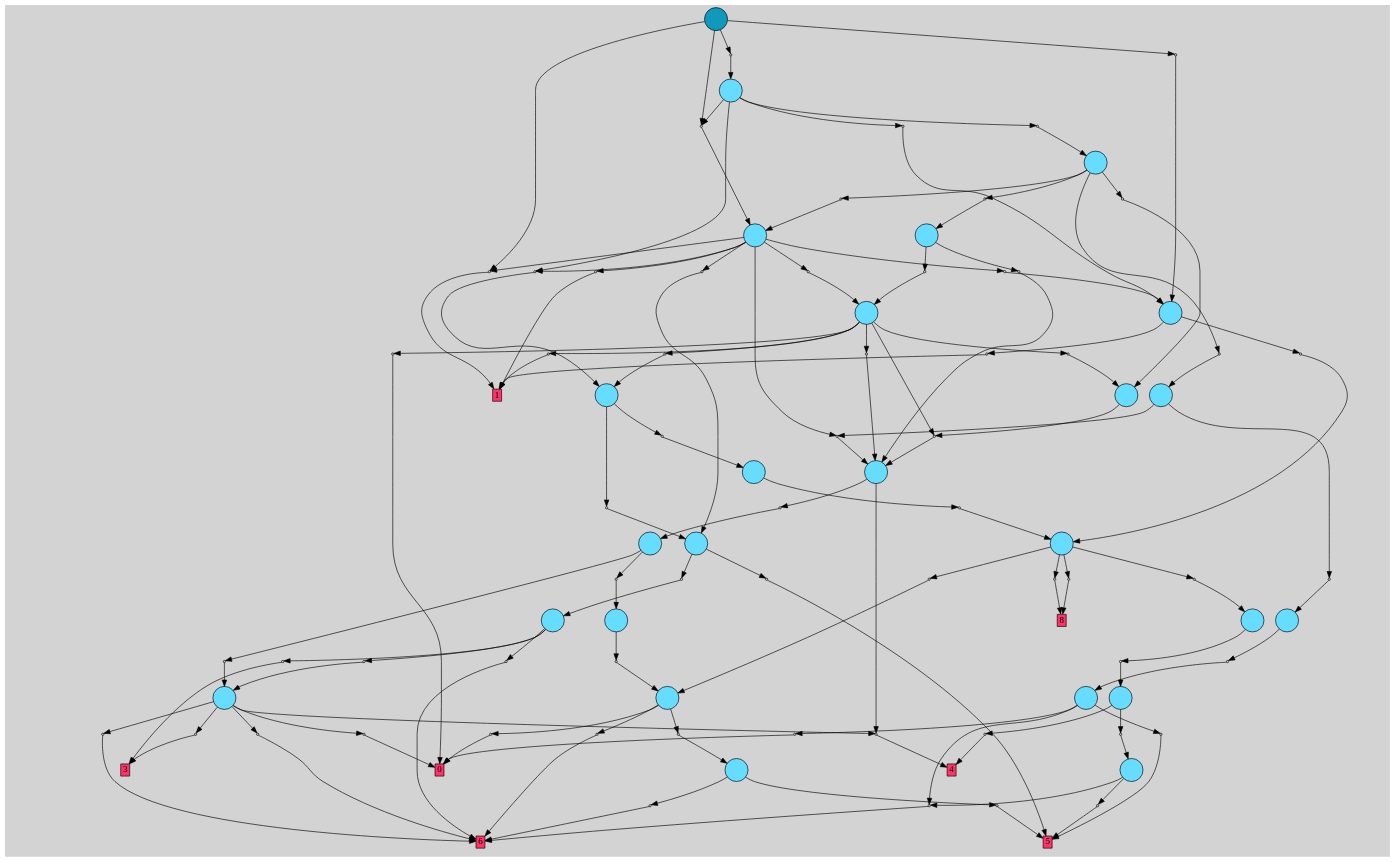
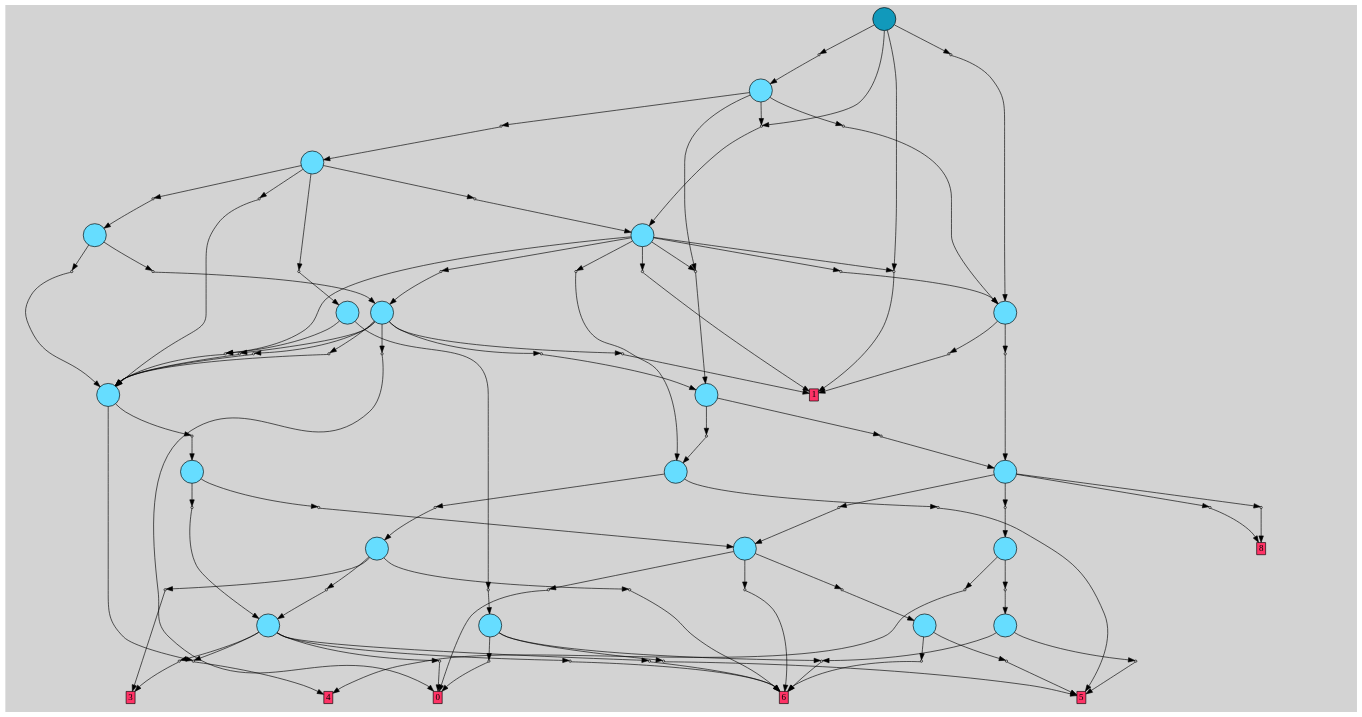
The diagram in armlearn-tpgs/tpg_l2e2_zmmul_compbare_compExpAr/training_results/useInstrTrig-False_useInstrLogExp-False_useInstrLog2Exp2-True_useInstrZmmul-False_useInstrExpensiveArithmetic-False_useInstrComparison-True_seed-2_instrType-fixedpt/outLogs/codegen/best_root_pruned.dot (allpaul0/tpg_nextflow), drawn with Graphviz before and after one commit. The commit also changed 986 other files, not shown here.

```diff
--- a/armlearn-tpgs/tpg_l2e2_zmmul_compbare_compExpAr/training_results/useInstrTrig-False_useInstrLogExp-False_useInstrLog2Exp2-True_useInstrZmmul-False_useInstrExpensiveArithmetic-False_useInstrComparison-True_seed-2_instrType-fixedpt/outLogs/codegen/best_root_pruned.dot
+++ b/armlearn-tpgs/tpg_l2e2_zmmul_compbare_compExpAr/training_results/useInstrTrig-False_useInstrLogExp-False_useInstrLog2Exp2-True_useInstrZmmul-False_useInstrExpensiveArithmetic-False_useInstrComparison-True_seed-2_instrType-fixedpt/outLogs/codegen/best_root_pruned.dot
@@ -1,5 +1,5 @@
 // File exported with GEGELATI v2.0.0
-// On the 2026-05-28 21:28:58
+// On the 2026-07-14 09:07:04
 // With the File::TPGGraphDotExporter
 digraph{
 	graph[pad = "0.212, 0.055" bgcolor = lightgray]
@@ -23,32 +23,27 @@
 		T16 [fillcolor="#66ddff"]
 		T17 [fillcolor="#66ddff"]
 		T18 [fillcolor="#66ddff"]
-		T19 [fillcolor="#66ddff"]
-		T20 [fillcolor="#66ddff"]
-		T21 [fillcolor="#66ddff"]
-		T22 [fillcolor="#66ddff"]
-		T23 [fillcolor="#66ddff"]
-		T24 [fillcolor="#1199bb"]
+		T19 [fillcolor="#1199bb"]
 		P0 [fillcolor="#cccccc" shape=point label="0"] //
 		I0 [shape=box style=invis label=""] 
 		P0 -> I0[style=invis]
-		A25 [fillcolor="#ff3366" shape=box margin=0.03 width=0 height=0 label="5"]
-		T0 -> P0 -> A25
+		A20 [fillcolor="#ff3366" shape=box margin=0.03 width=0 height=0 label="5"]
+		T0 -> P0 -> A20
 		P1 [fillcolor="#cccccc" shape=point label="0"] //
 		I1 [shape=box style=invis label="0|1&3|2#3|5&#92;n1|0&2|6#0|1&#92;n"] 
 		P1 -> I1[style=invis]
-		A26 [fillcolor="#ff3366" shape=box margin=0.03 width=0 height=0 label="6"]
-		T0 -> P1 -> A26
+		A21 [fillcolor="#ff3366" shape=box margin=0.03 width=0 height=0 label="6"]
+		T0 -> P1 -> A21
 		P2 [fillcolor="#cccccc" shape=point label="0"] //
 		I2 [shape=box style=invis label=""] 
 		P2 -> I2[style=invis]
-		A25 [fillcolor="#ff3366" shape=box margin=0.03 width=0 height=0 label="5"]
-		T1 -> P2 -> A25
+		A20 [fillcolor="#ff3366" shape=box margin=0.03 width=0 height=0 label="5"]
+		T1 -> P2 -> A20
 		P3 [fillcolor="#cccccc" shape=point label="0"] //
 		I3 [shape=box style=invis label="1|0&3|4#3|2&#92;n"] 
 		P3 -> I3[style=invis]
-		A26 [fillcolor="#ff3366" shape=box margin=0.03 width=0 height=0 label="6"]
-		T1 -> P3 -> A26
+		A21 [fillcolor="#ff3366" shape=box margin=0.03 width=0 height=0 label="6"]
+		T1 -> P3 -> A21
 		P4 [fillcolor="#cccccc" shape=point label="0"] //
 		I4 [shape=box style=invis label="3|0&3|4#1|2&#92;n"] 
 		P4 -> I4[style=invis]
@@ -56,253 +51,236 @@
 		P5 [fillcolor="#cccccc" shape=point label="0"] //
 		I5 [shape=box style=invis label=""] 
 		P5 -> I5[style=invis]
-		A27 [fillcolor="#ff3366" shape=box margin=0.03 width=0 height=0 label="4"]
-		T2 -> P5 -> A27
+		A22 [fillcolor="#ff3366" shape=box margin=0.03 width=0 height=0 label="4"]
+		T2 -> P5 -> A22
 		T3 -> P3
 		P6 [fillcolor="#cccccc" shape=point label="0"] //
 		I6 [shape=box style=invis label="2|0&0|4#3|4&#92;n"] 
 		P6 -> I6[style=invis]
-		A25 [fillcolor="#ff3366" shape=box margin=0.03 width=0 height=0 label="5"]
-		T3 -> P6 -> A25
+		A20 [fillcolor="#ff3366" shape=box margin=0.03 width=0 height=0 label="5"]
+		T3 -> P6 -> A20
 		P7 [fillcolor="#cccccc" shape=point label="0"] //
 		I7 [shape=box style=invis label="3|0&4|2#1|0&#92;n"] 
 		P7 -> I7[style=invis]
-		A28 [fillcolor="#ff3366" shape=box margin=0.03 width=0 height=0 label="0"]
-		T3 -> P7 -> A28
+		A23 [fillcolor="#ff3366" shape=box margin=0.03 width=0 height=0 label="0"]
+		T3 -> P7 -> A23
 		P8 [fillcolor="#cccccc" shape=point label="0"] //
 		I8 [shape=box style=invis label="1|0&3|4#3|2&#92;n"] 
 		P8 -> I8[style=invis]
-		A26 [fillcolor="#ff3366" shape=box margin=0.03 width=0 height=0 label="6"]
-		T4 -> P8 -> A26
+		A21 [fillcolor="#ff3366" shape=box margin=0.03 width=0 height=0 label="6"]
+		T4 -> P8 -> A21
 		P9 [fillcolor="#cccccc" shape=point label="0"] //
 		I9 [shape=box style=invis label="3|0&1|2#1|7&#92;n"] 
 		P9 -> I9[style=invis]
-		A28 [fillcolor="#ff3366" shape=box margin=0.03 width=0 height=0 label="0"]
-		T4 -> P9 -> A28
+		A23 [fillcolor="#ff3366" shape=box margin=0.03 width=0 height=0 label="0"]
+		T4 -> P9 -> A23
 		P10 [fillcolor="#cccccc" shape=point label="0"] //
 		I10 [shape=box style=invis label="0|0&3|0#3|7&#92;n"] 
 		P10 -> I10[style=invis]
 		T4 -> P10 -> T0
 		P11 [fillcolor="#cccccc" shape=point label="0"] //
-		I11 [shape=box style=invis label="0|4&4|4#4|7&#92;n2|0&0|4#1|4&#92;n"] 
+		I11 [shape=box style=invis label="2|0&3|1#1|0&#92;n"] 
 		P11 -> I11[style=invis]
-		T5 -> P11 -> T2
+		A22 [fillcolor="#ff3366" shape=box margin=0.03 width=0 height=0 label="4"]
+		T5 -> P11 -> A22
 		P12 [fillcolor="#cccccc" shape=point label="0"] //
-		I12 [shape=box style=invis label="2|0&3|1#1|0&#92;n"] 
+		I12 [shape=box style=invis label="4|0&3|4#2|1&#92;n"] 
 		P12 -> I12[style=invis]
-		A27 [fillcolor="#ff3366" shape=box margin=0.03 width=0 height=0 label="4"]
-		T6 -> P12 -> A27
+		A23 [fillcolor="#ff3366" shape=box margin=0.03 width=0 height=0 label="0"]
+		T5 -> P12 -> A23
 		P13 [fillcolor="#cccccc" shape=point label="0"] //
-		I13 [shape=box style=invis label="4|0&3|4#2|1&#92;n"] 
+		I13 [shape=box style=invis label="0|0&3|0#3|7&#92;n"] 
 		P13 -> I13[style=invis]
-		A28 [fillcolor="#ff3366" shape=box margin=0.03 width=0 height=0 label="0"]
-		T6 -> P13 -> A28
+		A21 [fillcolor="#ff3366" shape=box margin=0.03 width=0 height=0 label="6"]
+		T5 -> P13 -> A21
 		P14 [fillcolor="#cccccc" shape=point label="0"] //
-		I14 [shape=box style=invis label="0|0&3|0#3|7&#92;n"] 
+		I14 [shape=box style=invis label="1|0&3|5#0|0&#92;n"] 
 		P14 -> I14[style=invis]
-		A26 [fillcolor="#ff3366" shape=box margin=0.03 width=0 height=0 label="6"]
-		T6 -> P14 -> A26
+		A24 [fillcolor="#ff3366" shape=box margin=0.03 width=0 height=0 label="3"]
+		T5 -> P14 -> A24
 		P15 [fillcolor="#cccccc" shape=point label="0"] //
-		I15 [shape=box style=invis label="1|0&3|5#0|0&#92;n"] 
+		I15 [shape=box style=invis label="1|0&3|4#3|2&#92;n"] 
 		P15 -> I15[style=invis]
-		A29 [fillcolor="#ff3366" shape=box margin=0.03 width=0 height=0 label="3"]
-		T6 -> P15 -> A29
+		A21 [fillcolor="#ff3366" shape=box margin=0.03 width=0 height=0 label="6"]
+		T5 -> P15 -> A21
 		P16 [fillcolor="#cccccc" shape=point label="0"] //
-		I16 [shape=box style=invis label="1|0&3|4#3|2&#92;n"] 
+		I16 [shape=box style=invis label="3|0&3|1#2|4&#92;n"] 
 		P16 -> I16[style=invis]
-		A26 [fillcolor="#ff3366" shape=box margin=0.03 width=0 height=0 label="6"]
-		T6 -> P16 -> A26
+		T6 -> P16 -> T5
 		P17 [fillcolor="#cccccc" shape=point label="0"] //
-		I17 [shape=box style=invis label="3|0&4|2#1|0&#92;n"] 
+		I17 [shape=box style=invis label="1|0&3|1#0|0&#92;n"] 
 		P17 -> I17[style=invis]
-		T7 -> P17 -> T4
+		A24 [fillcolor="#ff3366" shape=box margin=0.03 width=0 height=0 label="3"]
+		T6 -> P17 -> A24
 		P18 [fillcolor="#cccccc" shape=point label="0"] //
-		I18 [shape=box style=invis label="2|0&1|5#0|2&#92;n"] 
+		I18 [shape=box style=invis label="1|0&3|4#3|2&#92;n"] 
 		P18 -> I18[style=invis]
-		T8 -> P18 -> T3
+		A21 [fillcolor="#ff3366" shape=box margin=0.03 width=0 height=0 label="6"]
+		T6 -> P18 -> A21
 		P19 [fillcolor="#cccccc" shape=point label="0"] //
-		I19 [shape=box style=invis label="3|0&3|1#2|4&#92;n"] 
+		I19 [shape=box style=invis label="0|0&1|5#0|5&#92;n"] 
 		P19 -> I19[style=invis]
-		T9 -> P19 -> T6
+		A20 [fillcolor="#ff3366" shape=box margin=0.03 width=0 height=0 label="5"]
+		T7 -> P19 -> A20
 		P20 [fillcolor="#cccccc" shape=point label="0"] //
-		I20 [shape=box style=invis label="1|0&3|1#0|0&#92;n"] 
+		I20 [shape=box style=invis label="2|0&2|7#4|4&#92;n"] 
 		P20 -> I20[style=invis]
-		A29 [fillcolor="#ff3366" shape=box margin=0.03 width=0 height=0 label="3"]
-		T9 -> P20 -> A29
+		T7 -> P20 -> T6
 		P21 [fillcolor="#cccccc" shape=point label="0"] //
-		I21 [shape=box style=invis label="1|0&3|4#3|2&#92;n"] 
+		I21 [shape=box style=invis label="2|0&0|6#4|1&#92;n"] 
 		P21 -> I21[style=invis]
-		A26 [fillcolor="#ff3366" shape=box margin=0.03 width=0 height=0 label="6"]
-		T9 -> P21 -> A26
+		T8 -> P21 -> T5
 		P22 [fillcolor="#cccccc" shape=point label="0"] //
-		I22 [shape=box style=invis label="0|0&1|5#0|5&#92;n"] 
+		I22 [shape=box style=invis label="1|0&4|3#4|4&#92;n"] 
 		P22 -> I22[style=invis]
-		A25 [fillcolor="#ff3366" shape=box margin=0.03 width=0 height=0 label="5"]
-		T10 -> P22 -> A25
+		T8 -> P22 -> T4
 		P23 [fillcolor="#cccccc" shape=point label="0"] //
-		I23 [shape=box style=invis label="2|0&2|7#4|4&#92;n"] 
+		I23 [shape=box style=invis label="0|6&3|7#0|6&#92;n0|0&1|3#0|6&#92;n"] 
 		P23 -> I23[style=invis]
-		T10 -> P23 -> T9
+		A25 [fillcolor="#ff3366" shape=box margin=0.03 width=0 height=0 label="8"]
+		T9 -> P23 -> A25
 		P24 [fillcolor="#cccccc" shape=point label="0"] //
-		I24 [shape=box style=invis label="2|0&0|6#4|1&#92;n"] 
+		I24 [shape=box style=invis label="3|0&4|2#1|0&#92;n"] 
 		P24 -> I24[style=invis]
-		T11 -> P24 -> T6
+		T9 -> P24 -> T4
 		P25 [fillcolor="#cccccc" shape=point label="0"] //
-		I25 [shape=box style=invis label="1|0&4|3#4|4&#92;n"] 
+		I25 [shape=box style=invis label="2|7&4|7#1|6&#92;n3|6&0|7#0|4&#92;n0|0&3|7#0|6&#92;n"] 
 		P25 -> I25[style=invis]
-		T11 -> P25 -> T7
+		A25 [fillcolor="#ff3366" shape=box margin=0.03 width=0 height=0 label="8"]
+		T9 -> P25 -> A25
 		P26 [fillcolor="#cccccc" shape=point label="0"] //
-		I26 [shape=box style=invis label="0|6&3|7#0|6&#92;n0|0&1|3#0|6&#92;n"] 
+		I26 [shape=box style=invis label="2|0&2|6#1|3&#92;n"] 
 		P26 -> I26[style=invis]
-		A30 [fillcolor="#ff3366" shape=box margin=0.03 width=0 height=0 label="8"]
-		T12 -> P26 -> A30
+		T9 -> P26 -> T2
 		P27 [fillcolor="#cccccc" shape=point label="0"] //
-		I27 [shape=box style=invis label="3|0&4|2#1|0&#92;n"] 
+		I27 [shape=box style=invis label="1|0&0|1#3|4&#92;n"] 
 		P27 -> I27[style=invis]
-		T12 -> P27 -> T4
+		T10 -> P27 -> T8
+		T10 -> P11
 		P28 [fillcolor="#cccccc" shape=point label="0"] //
-		I28 [shape=box style=invis label="2|7&4|7#1|6&#92;n3|6&0|7#0|4&#92;n0|0&3|7#0|6&#92;n"] 
+		I28 [shape=box style=invis label="2|0&4|7#0|2&#92;n"] 
 		P28 -> I28[style=invis]
-		A30 [fillcolor="#ff3366" shape=box margin=0.03 width=0 height=0 label="8"]
-		T12 -> P28 -> A30
+		T11 -> P28 -> T7
 		P29 [fillcolor="#cccccc" shape=point label="0"] //
-		I29 [shape=box style=invis label="2|0&2|6#1|3&#92;n"] 
+		I29 [shape=box style=invis label="0|0&3|3#4|3&#92;n"] 
 		P29 -> I29[style=invis]
-		T12 -> P29 -> T5
+		T11 -> P29 -> T9
 		P30 [fillcolor="#cccccc" shape=point label="0"] //
-		I30 [shape=box style=invis label="1|0&0|1#3|4&#92;n"] 
+		I30 [shape=box style=invis label="0|0&1|3#4|0&#92;n"] 
 		P30 -> I30[style=invis]
-		T13 -> P30 -> T11
-		T13 -> P12
+		A26 [fillcolor="#ff3366" shape=box margin=0.03 width=0 height=0 label="1"]
+		T12 -> P30 -> A26
 		P31 [fillcolor="#cccccc" shape=point label="0"] //
-		I31 [shape=box style=invis label="0|0&4|7#1|7&#92;n"] 
+		I31 [shape=box style=invis label="0|0&4|7#1|5&#92;n"] 
 		P31 -> I31[style=invis]
-		T14 -> P31 -> T12
+		T12 -> P31 -> T9
 		P32 [fillcolor="#cccccc" shape=point label="0"] //
-		I32 [shape=box style=invis label="2|0&0|6#4|0&#92;n"] 
+		I32 [shape=box style=invis label="3|7&3|7#0|2&#92;n0|3&1|2#4|7&#92;n2|0&0|3#0|7&#92;n"] 
 		P32 -> I32[style=invis]
-		T15 -> P32 -> T13
+		T13 -> P32 -> T11
 		P33 [fillcolor="#cccccc" shape=point label="0"] //
-		I33 [shape=box style=invis label="2|0&4|7#0|2&#92;n"] 
+		I33 [shape=box style=invis label="0|0&3|2#4|3&#92;n"] 
 		P33 -> I33[style=invis]
-		T16 -> P33 -> T10
+		T13 -> P33 -> T10
 		P34 [fillcolor="#cccccc" shape=point label="0"] //
-		I34 [shape=box style=invis label="0|0&3|3#4|3&#92;n"] 
+		I34 [shape=box style=invis label="1|0&4|2#1|4&#92;n"] 
 		P34 -> I34[style=invis]
-		T16 -> P34 -> T14
+		A23 [fillcolor="#ff3366" shape=box margin=0.03 width=0 height=0 label="0"]
+		T13 -> P34 -> A23
 		P35 [fillcolor="#cccccc" shape=point label="0"] //
-		I35 [shape=box style=invis label="0|0&1|3#4|0&#92;n"] 
+		I35 [shape=box style=invis label="2|0&4|3#4|4&#92;n"] 
 		P35 -> I35[style=invis]
-		A31 [fillcolor="#ff3366" shape=box margin=0.03 width=0 height=0 label="1"]
-		T17 -> P35 -> A31
+		T13 -> P35 -> T10
 		P36 [fillcolor="#cccccc" shape=point label="0"] //
-		I36 [shape=box style=invis label="0|0&4|7#1|5&#92;n"] 
+		I36 [shape=box style=invis label="0|0&1|3#4|0&#92;n"] 
 		P36 -> I36[style=invis]
-		T17 -> P36 -> T12
+		A26 [fillcolor="#ff3366" shape=box margin=0.03 width=0 height=0 label="1"]
+		T13 -> P36 -> A26
 		P37 [fillcolor="#cccccc" shape=point label="0"] //
-		I37 [shape=box style=invis label="3|7&3|7#0|2&#92;n0|3&1|2#4|7&#92;n2|0&0|3#0|7&#92;n"] 
+		I37 [shape=box style=invis label="2|0&0|6#4|0&#92;n"] 
 		P37 -> I37[style=invis]
-		T18 -> P37 -> T16
+		T13 -> P37 -> T10
 		P38 [fillcolor="#cccccc" shape=point label="0"] //
-		I38 [shape=box style=invis label="0|0&3|2#4|3&#92;n"] 
+		I38 [shape=box style=invis label="3|7&3|7#0|2&#92;n0|3&1|2#4|7&#92;n2|0&0|3#0|7&#92;n"] 
 		P38 -> I38[style=invis]
-		T18 -> P38 -> T15
+		T14 -> P38 -> T11
 		P39 [fillcolor="#cccccc" shape=point label="0"] //
-		I39 [shape=box style=invis label="1|0&4|2#1|4&#92;n"] 
+		I39 [shape=box style=invis label="1|6&4|2#3|2&#92;n1|0&0|6#1|0&#92;n"] 
 		P39 -> I39[style=invis]
-		A28 [fillcolor="#ff3366" shape=box margin=0.03 width=0 height=0 label="0"]
-		T18 -> P39 -> A28
+		A26 [fillcolor="#ff3366" shape=box margin=0.03 width=0 height=0 label="1"]
+		T14 -> P39 -> A26
 		P40 [fillcolor="#cccccc" shape=point label="0"] //
-		I40 [shape=box style=invis label="2|0&4|3#4|4&#92;n"] 
+		I40 [shape=box style=invis label="0|0&1|4#4|2&#92;n"] 
 		P40 -> I40[style=invis]
-		T18 -> P40 -> T13
+		A26 [fillcolor="#ff3366" shape=box margin=0.03 width=0 height=0 label="1"]
+		T14 -> P40 -> A26
 		P41 [fillcolor="#cccccc" shape=point label="0"] //
-		I41 [shape=box style=invis label="0|0&1|3#4|0&#92;n"] 
+		I41 [shape=box style=invis label="1|0&4|6#1|6&#92;n"] 
 		P41 -> I41[style=invis]
-		A31 [fillcolor="#ff3366" shape=box margin=0.03 width=0 height=0 label="1"]
-		T18 -> P41 -> A31
-		T18 -> P32
+		T14 -> P41 -> T10
 		P42 [fillcolor="#cccccc" shape=point label="0"] //
-		I42 [shape=box style=invis label="3|7&3|7#0|2&#92;n0|3&1|2#4|7&#92;n2|0&0|3#0|7&#92;n"] 
+		I42 [shape=box style=invis label="1|0&4|7#3|2&#92;n"] 
 		P42 -> I42[style=invis]
-		T19 -> P42 -> T16
+		T14 -> P42 -> T7
 		P43 [fillcolor="#cccccc" shape=point label="0"] //
-		I43 [shape=box style=invis label="1|6&4|2#3|2&#92;n1|0&0|6#1|0&#92;n"] 
+		I43 [shape=box style=invis label="1|0&4|0#1|4&#92;n"] 
 		P43 -> I43[style=invis]
-		A31 [fillcolor="#ff3366" shape=box margin=0.03 width=0 height=0 label="1"]
-		T19 -> P43 -> A31
+		T14 -> P43 -> T13
 		P44 [fillcolor="#cccccc" shape=point label="0"] //
-		I44 [shape=box style=invis label="0|0&1|4#4|2&#92;n"] 
+		I44 [shape=box style=invis label="0|0&4|7#3|3&#92;n"] 
 		P44 -> I44[style=invis]
-		A31 [fillcolor="#ff3366" shape=box margin=0.03 width=0 height=0 label="1"]
-		T19 -> P44 -> A31
+		T14 -> P44 -> T12
+		T15 -> P41
 		P45 [fillcolor="#cccccc" shape=point label="0"] //
-		I45 [shape=box style=invis label="1|0&4|6#1|6&#92;n"] 
+		I45 [shape=box style=invis label="1|0&4|0#1|4&#92;n"] 
 		P45 -> I45[style=invis]
-		T19 -> P45 -> T13
+		T15 -> P45 -> T3
 		P46 [fillcolor="#cccccc" shape=point label="0"] //
-		I46 [shape=box style=invis label="1|0&4|7#3|2&#92;n"] 
+		I46 [shape=box style=invis label="0|0&1|2#4|0&#92;n"] 
 		P46 -> I46[style=invis]
-		T19 -> P46 -> T10
+		T16 -> P46 -> T10
 		P47 [fillcolor="#cccccc" shape=point label="0"] //
 		I47 [shape=box style=invis label="1|0&4|0#1|4&#92;n"] 
 		P47 -> I47[style=invis]
-		T19 -> P47 -> T18
+		T16 -> P47 -> T13
 		P48 [fillcolor="#cccccc" shape=point label="0"] //
-		I48 [shape=box style=invis label="0|0&4|7#3|3&#92;n"] 
+		I48 [shape=box style=invis label="0|0&3|2#4|3&#92;n"] 
 		P48 -> I48[style=invis]
-		T19 -> P48 -> T17
-		T20 -> P45
+		T17 -> P48 -> T10
 		P49 [fillcolor="#cccccc" shape=point label="0"] //
-		I49 [shape=box style=invis label="1|0&4|0#1|4&#92;n"] 
+		I49 [shape=box style=invis label="3|4&4|0#1|1&#92;n1|0&4|0#0|4&#92;n"] 
 		P49 -> I49[style=invis]
-		T20 -> P49 -> T8
+		T17 -> P49 -> T15
 		P50 [fillcolor="#cccccc" shape=point label="0"] //
-		I50 [shape=box style=invis label="0|0&1|2#4|0&#92;n"] 
+		I50 [shape=box style=invis label="0|0&2|4#4|6&#92;n"] 
 		P50 -> I50[style=invis]
-		T21 -> P50 -> T13
+		T17 -> P50 -> T14
 		P51 [fillcolor="#cccccc" shape=point label="0"] //
-		I51 [shape=box style=invis label="1|0&4|0#1|4&#92;n"] 
+		I51 [shape=box style=invis label="1|3&4|0#3|0&#92;n0|0&0|0#0|3&#92;n"] 
 		P51 -> I51[style=invis]
-		T21 -> P51 -> T18
+		T17 -> P51 -> T16
+		T18 -> P38
 		P52 [fillcolor="#cccccc" shape=point label="0"] //
-		I52 [shape=box style=invis label="0|0&3|2#4|3&#92;n"] 
+		I52 [shape=box style=invis label="1|6&4|6#3|2&#92;n1|0&0|6#1|0&#92;n"] 
 		P52 -> I52[style=invis]
-		T22 -> P52 -> T15
+		T18 -> P52 -> T17
 		P53 [fillcolor="#cccccc" shape=point label="0"] //
-		I53 [shape=box style=invis label="3|4&4|0#1|1&#92;n1|0&4|0#0|4&#92;n"] 
+		I53 [shape=box style=invis label="0|0&2|4#4|1&#92;n"] 
 		P53 -> I53[style=invis]
-		T22 -> P53 -> T20
+		T18 -> P53 -> T14
 		P54 [fillcolor="#cccccc" shape=point label="0"] //
-		I54 [shape=box style=invis label="0|0&2|4#4|6&#92;n"] 
+		I54 [shape=box style=invis label="0|0&4|7#3|3&#92;n"] 
 		P54 -> I54[style=invis]
-		T22 -> P54 -> T19
+		T18 -> P54 -> T12
+		T19 -> P39
 		P55 [fillcolor="#cccccc" shape=point label="0"] //
-		I55 [shape=box style=invis label="1|3&4|0#3|0&#92;n0|0&0|0#0|3&#92;n"] 
+		I55 [shape=box style=invis label="0|0&3|1#4|3&#92;n"] 
 		P55 -> I55[style=invis]
-		T22 -> P55 -> T21
-		T23 -> P42
+		T19 -> P55 -> T18
+		T19 -> P53
 		P56 [fillcolor="#cccccc" shape=point label="0"] //
-		I56 [shape=box style=invis label="1|6&4|6#3|2&#92;n1|0&0|6#1|0&#92;n"] 
+		I56 [shape=box style=invis label="1|0&4|2#3|2&#92;n"] 
 		P56 -> I56[style=invis]
-		T23 -> P56 -> T22
-		P57 [fillcolor="#cccccc" shape=point label="0"] //
-		I57 [shape=box style=invis label="0|0&2|4#4|1&#92;n"] 
-		P57 -> I57[style=invis]
-		T23 -> P57 -> T19
-		P58 [fillcolor="#cccccc" shape=point label="0"] //
-		I58 [shape=box style=invis label="0|0&4|7#3|3&#92;n"] 
-		P58 -> I58[style=invis]
-		T23 -> P58 -> T17
-		T24 -> P43
-		P59 [fillcolor="#cccccc" shape=point label="0"] //
-		I59 [shape=box style=invis label="0|0&3|1#4|3&#92;n"] 
-		P59 -> I59[style=invis]
-		T24 -> P59 -> T23
-		T24 -> P57
-		P60 [fillcolor="#cccccc" shape=point label="0"] //
-		I60 [shape=box style=invis label="1|0&4|2#3|2&#92;n"] 
-		P60 -> I60[style=invis]
-		T24 -> P60 -> T17
-		{ rank= same T24 }
+		T19 -> P56 -> T12
+		{ rank= same T19 }
 }
```
